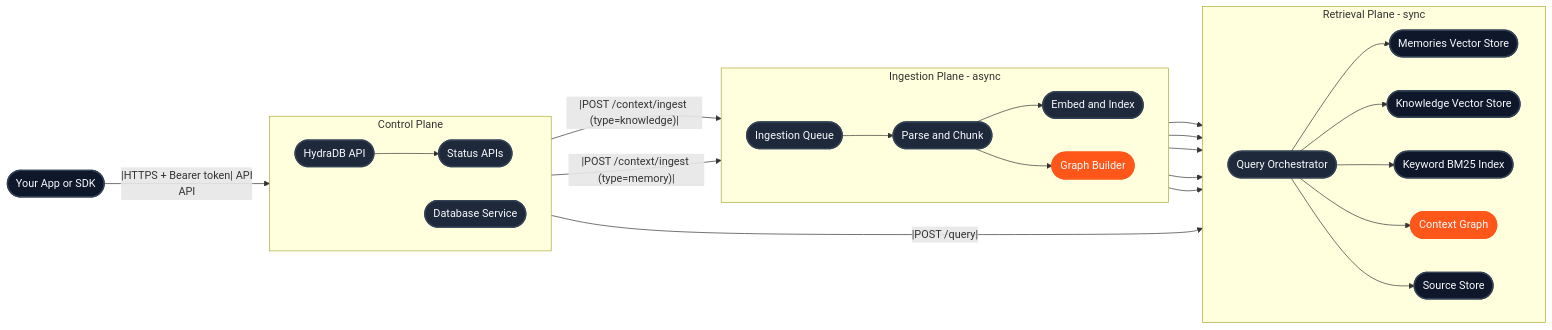
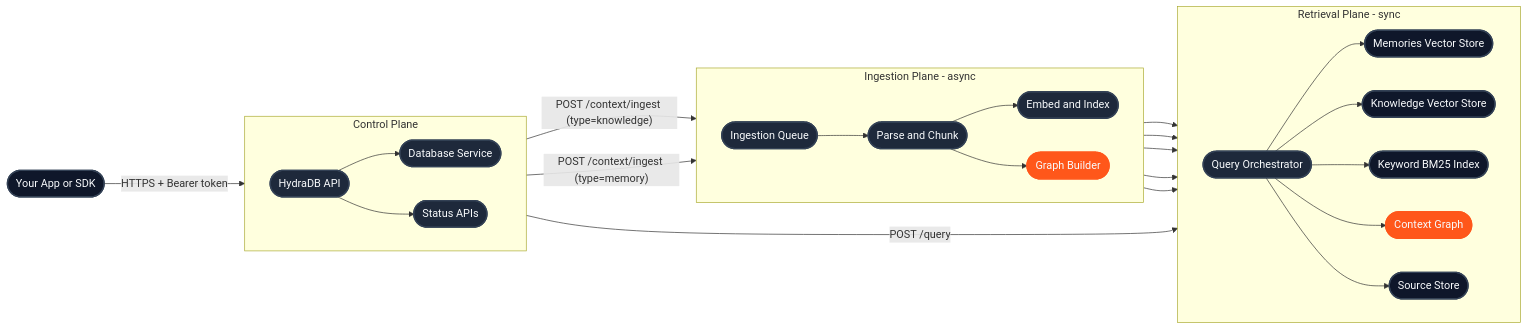
The diagram in essentials/v2/architecture.mdx (hydra-db/mintlify-docs), drawn with Mermaid before and after one commit. The commit also changed other lines of this file and 73 other files, not shown here.

````diff
--- a/essentials/v2/architecture.mdx
+++ b/essentials/v2/architecture.mdx
@@ -20,64 +18,64 @@
 ```mermaid
 flowchart LR
   Client([Your App or SDK])
   style Client fill:#0f172a,stroke:#334155,stroke-width:2px,color:#f8fafc,stroke-linecap:round
 
   subgraph Control[Control Plane]
     direction LR
     API([HydraDB API])
     Databases([Database Service])
     Status([Status APIs])
     style API fill:#1e293b,stroke:#334155,stroke-width:2px,color:#f8fafc,stroke-linecap:round
     style Databases fill:#1e293b,stroke:#334155,stroke-width:2px,color:#f8fafc,stroke-linecap:round
     style Status fill:#1e293b,stroke:#334155,stroke-width:2px,color:#f8fafc,stroke-linecap:round
   end
 
   subgraph Ingestion[Ingestion Plane - async]
     direction LR
     Queue([Ingestion Queue])
     Parser([Parse and Chunk])
     Embed([Embed and Index])
     Graph([Graph Builder])
     style Queue fill:#1e293b,stroke:#334155,stroke-width:2px,color:#f8fafc,stroke-linecap:round
     style Parser fill:#1e293b,stroke:#334155,stroke-width:2px,color:#f8fafc,stroke-linecap:round
     style Embed fill:#1e293b,stroke:#334155,stroke-width:2px,color:#f8fafc,stroke-linecap:round
     style Graph fill:#FF571A,stroke:#FF571A,stroke-width:2px,color:#f8fafc,stroke-linecap:round
   end
 
   subgraph Retrieval[Retrieval Plane - sync]
     direction LR
     Query([Query Orchestrator])
     MemVec([Memories Vector Store])
     KnowVec([Knowledge Vector Store])
     KeywordBM25([Keyword BM25 Index])
     ContextGraph([Context Graph])
     Sources([Source Store])
     style Query fill:#1e293b,stroke:#334155,stroke-width:2px,color:#f8fafc,stroke-linecap:round
     style MemVec fill:#0f172a,stroke:#334155,stroke-width:2px,color:#f8fafc,stroke-linecap:round
     style KnowVec fill:#0f172a,stroke:#334155,stroke-width:2px,color:#f8fafc,stroke-linecap:round
     style KeywordBM25 fill:#0f172a,stroke:#334155,stroke-width:2px,color:#f8fafc,stroke-linecap:round
     style ContextGraph fill:#FF571A,stroke:#FF571A,stroke-width:2px,color:#f8fafc,stroke-linecap:round
     style Sources fill:#0f172a,stroke:#334155,stroke-width:2px,color:#f8fafc,stroke-linecap:round
   end
 
-  Client --|HTTPS + Bearer token| API
+  Client -->|HTTPS + Bearer token| API
   API --> Databases
   API --> Status
-  API --|POST /context/ingest (type=knowledge)|--> Queue
-  API --|POST /context/ingest (type=memory)|--> Queue
+  API -->|"POST /context/ingest (type=knowledge)"| Queue
+  API -->|"POST /context/ingest (type=memory)"| Queue
   Queue --> Parser
   Parser --> Sources
   Parser --> Embed
   Embed --> MemVec
   Embed --> KnowVec
   Embed --> KeywordBM25
   Parser --> Graph
   Graph --> ContextGraph
 
-  API --|POST /query|--> Query
+  API -->|POST /query| Query
   Query --> MemVec
   Query --> KnowVec
   Query --> KeywordBM25
   Query --> ContextGraph
   Query --> Sources
 ```
````
